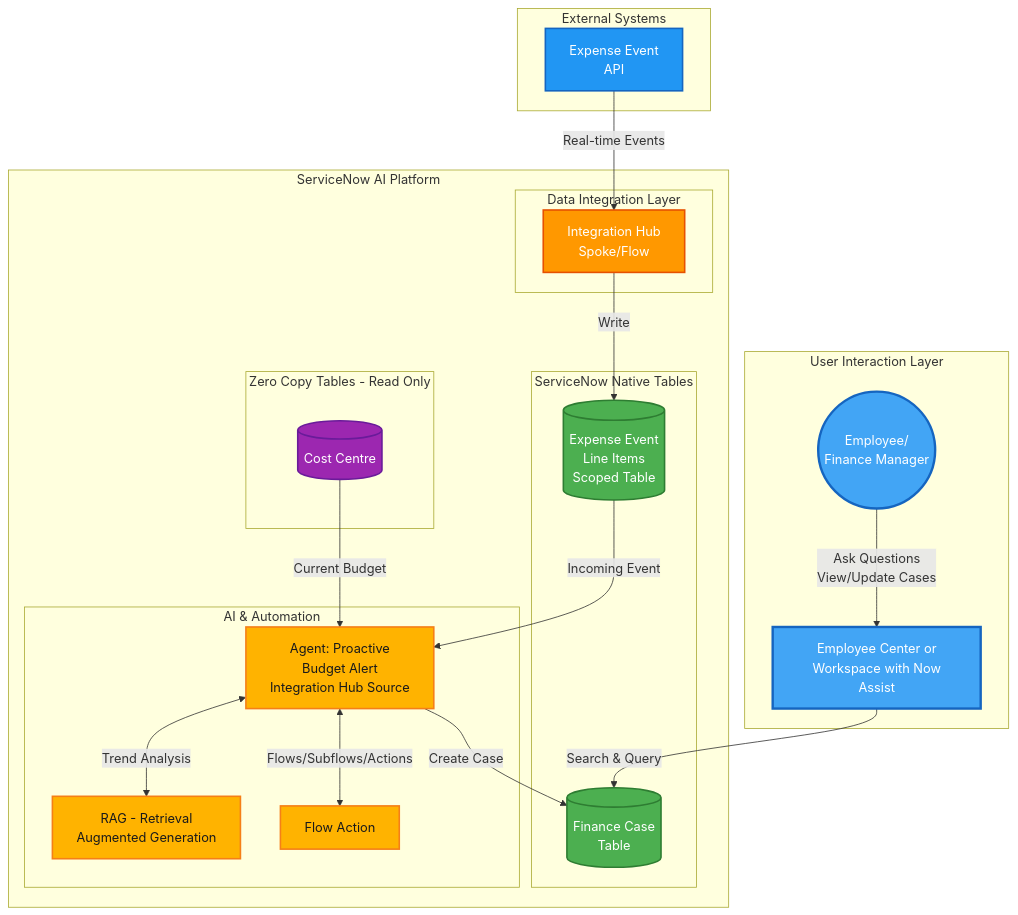
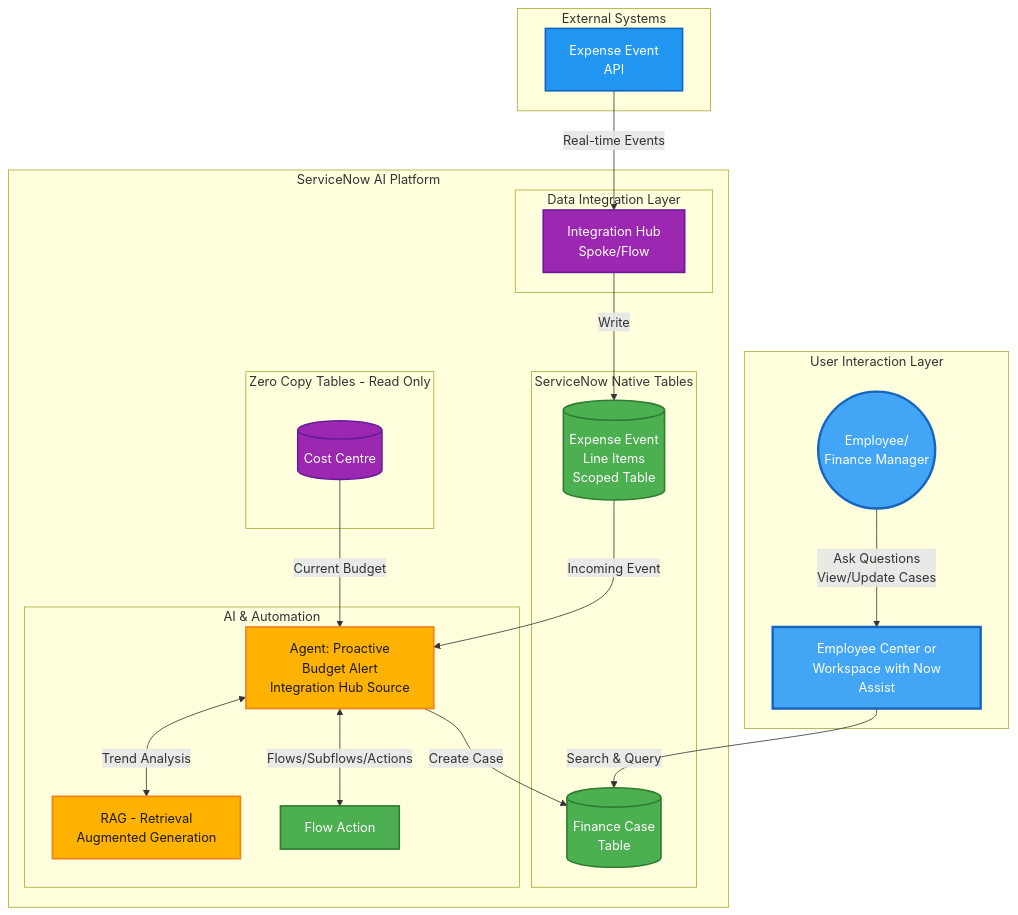
One commit to leojacinto/WorkflowDataFabric-TypeA changed the diagram in main-exercises/lab-exercise-integration-hub.md. Above: the diagram before and after it, drawn with Mermaid. The commit also changed 6 other files, not shown here.

Commit message:
Consistent color scheme across all mermaid diagrams: nowassist (amber), platform (green), wdf (purple), external (blue), user (light blue)

````diff
--- a/main-exercises/lab-exercise-integration-hub.md
+++ b/main-exercises/lab-exercise-integration-hub.md
@@ -39,63 +39,62 @@
 ```mermaid
 graph TB
     subgraph "User Interaction Layer"
         Employee((Employee/<br/>Finance Manager))
         EC[Employee Center or<br/> Workspace with Now Assist]
     end
 
     subgraph "External Systems"
         ExpenseAPI[Expense Event<br/>API]
     end
 
     subgraph "ServiceNow AI Platform"
         subgraph "Data Integration Layer"
             IntHub[Integration Hub<br/>Spoke/Flow]
         end
 
         subgraph "Zero Copy Tables - Read Only"
             ZCCC[(Cost Centre)]
         end
 
         subgraph "ServiceNow Native Tables"
             ExpenseTable[(Expense Event<br/>Line Items<br/>Scoped Table)]
             FinCase[(Finance Case<br/>Table)]
         end
 
         subgraph "AI & Automation"
             Agent2[Agent: Proactive<br/>Budget Alert<br/>Integration Hub Source]
             RAG[RAG - Retrieval<br/>Augmented Generation]
             FlowAction[Flow Action]
         end
     end
 
     %% Data Flow Connections
     ExpenseAPI -->|Real-time Events| IntHub
     IntHub -->|Write| ExpenseTable
 
     %% Agent 2 Workflow - Integration Hub Source
     ExpenseTable -->|Incoming Event| Agent2
     ZCCC -->|Current Budget| Agent2
     Agent2 -->|Create Case| FinCase
     Agent2 <-->|Trend Analysis| RAG
     Agent2 <-->|Flows/Subflows/Actions| FlowAction
 
     %% User Interaction Connections
     Employee -->|Ask Questions<br/>View/Update Cases| EC
     EC -->|Search & Query| FinCase
 
     %% Styling
     classDef external fill:#2196F3,stroke:#1565C0,stroke-width:2px,color:#fff
-    classDef integration fill:#FF9800,stroke:#E65100,stroke-width:2px,color:#fff
-    classDef zeroCopy fill:#9C27B0,stroke:#6A1B9A,stroke-width:2px,color:#fff
-    classDef native fill:#4CAF50,stroke:#2E7D32,stroke-width:2px,color:#fff
-    classDef ai fill:#FFB300,stroke:#F57F17,stroke-width:2px,color:#1a1a1a
     classDef user fill:#42A5F5,stroke:#1565C0,stroke-width:3px,color:#fff
+    classDef nowassist fill:#FFB300,stroke:#F57F17,stroke-width:2px,color:#1a1a1a
+    classDef platform fill:#4CAF50,stroke:#2E7D32,stroke-width:2px,color:#fff
+    classDef wdf fill:#9C27B0,stroke:#6A1B9A,stroke-width:2px,color:#fff
 
-    class ExpenseAPI,SharePoint external
-    class IntHub,ExtContent integration
-    class ZCCC zeroCopy
-    class ExpenseTable,FinCase,FinVar native
-    class Agent2,NLQuery,RAG,NASK,FlowAction ai
-    class MockExpense external
+    class ExpenseAPI external
+    class IntHub wdf
+    class ZCCC wdf
+    class ExpenseTable,FinCase platform
+    class Agent2,RAG nowassist
+    class FlowAction platform
     class Employee,EC user
 ```
````
